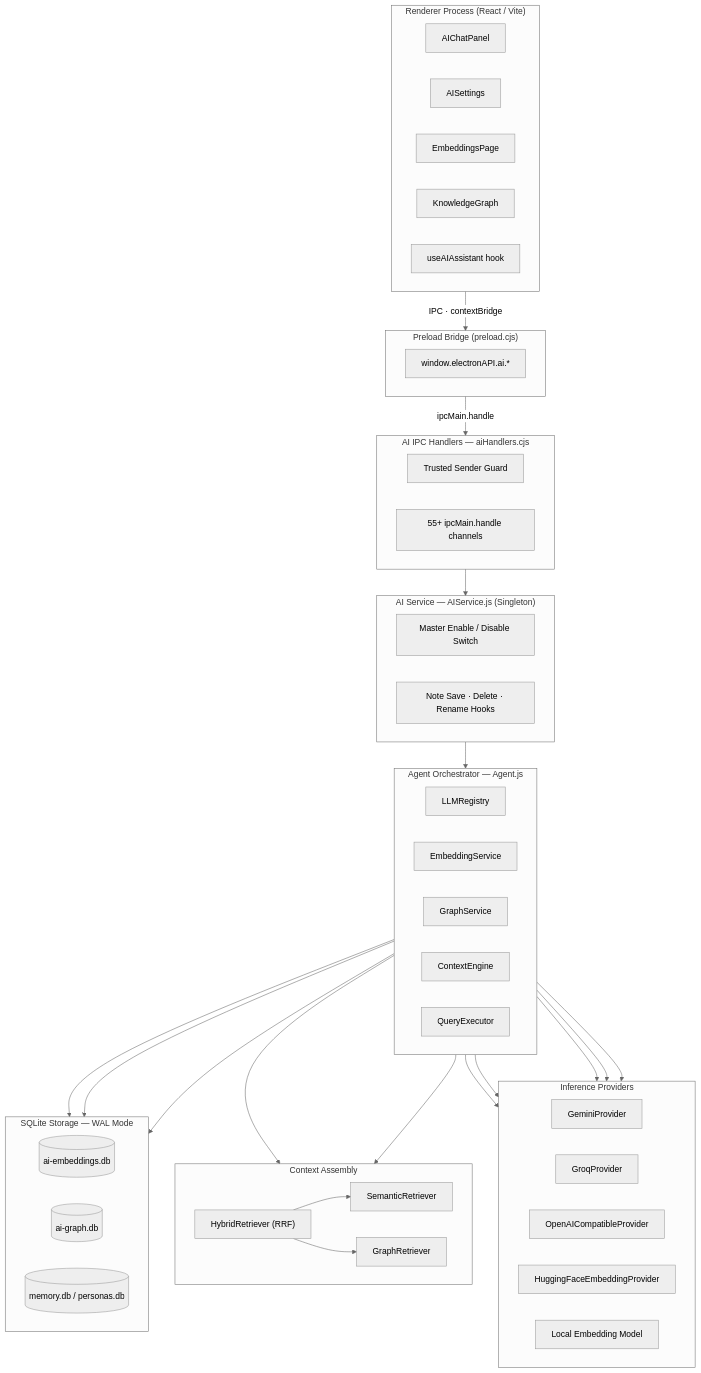
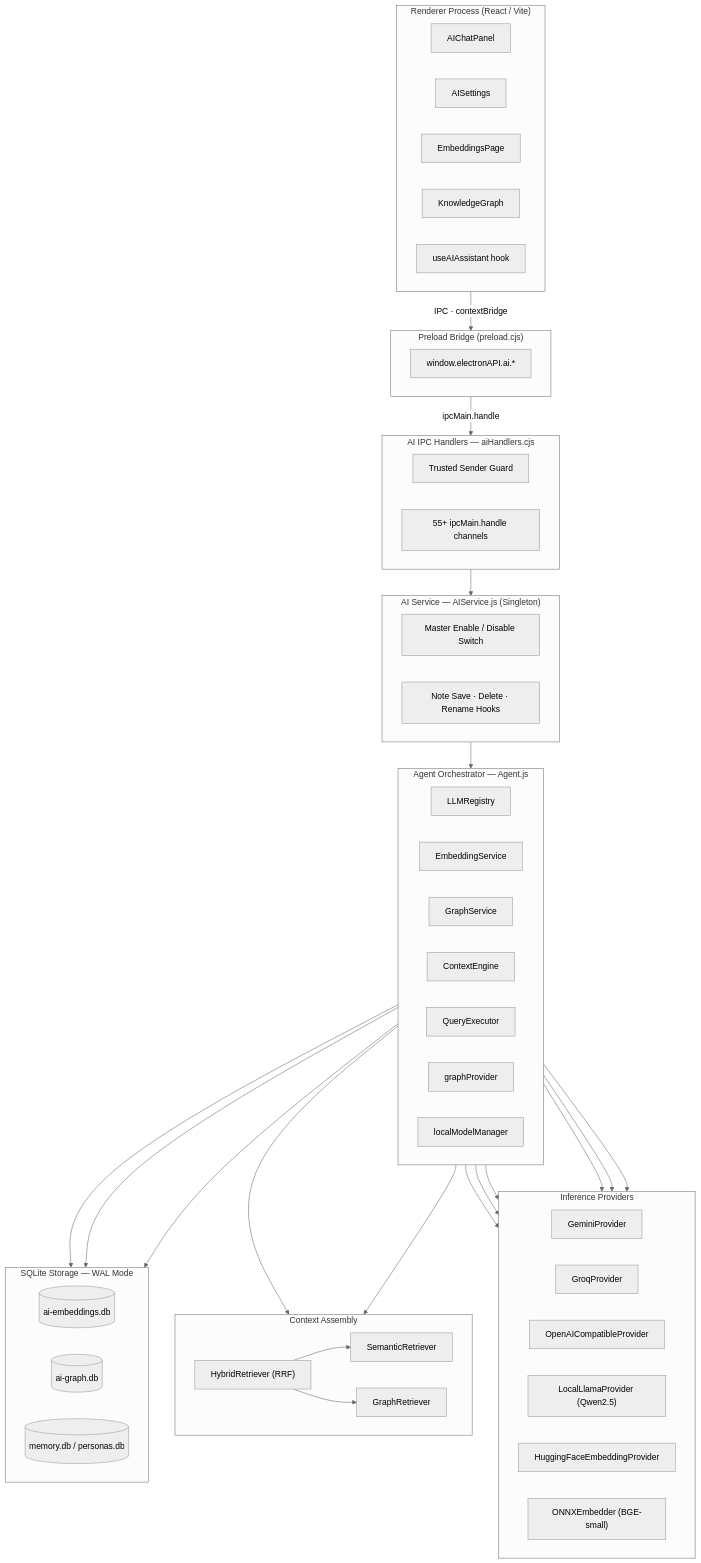
The second of 3 diagrams in docs/architecture.md (WGLabz/Notely), drawn with Mermaid (neutral theme) before and after one commit. The commit also changed other lines of this file and 18 other files, not shown here.

Commit message:
Added support for local graph generator

````diff
--- a/docs/architecture.md
+++ b/docs/architecture.md
@@ -120,58 +121,59 @@
 ```mermaid
 flowchart TD
     subgraph Renderer["Renderer Process (React / Vite)"]
         direction LR
         ACP["AIChatPanel"] & AIS["AISettings"] & EBP["EmbeddingsPage"] & KGV["KnowledgeGraph"]
         UAI["useAIAssistant hook"]
     end
 
     subgraph Preload["Preload Bridge (preload.cjs)"]
         CB["window.electronAPI.ai.*"]
     end
 
     subgraph Handlers["AI IPC Handlers — aiHandlers.cjs"]
         TRUST["Trusted Sender Guard"]
         CHAN["55+ ipcMain.handle channels"]
     end
 
     subgraph AIService["AI Service — AIService.js (Singleton)"]
         SW["Master Enable / Disable Switch"]
         HOOKS["Note Save · Delete · Rename Hooks"]
     end
 
     subgraph Agent["Agent Orchestrator — Agent.js"]
         direction LR
         LR["LLMRegistry"] & ES["EmbeddingService"] & GS["GraphService"] & CE["ContextEngine"] & QE["QueryExecutor"]
+        GP["graphProvider"] & LMM["localModelManager"]
     end
 
     subgraph Providers["Inference Providers"]
         direction LR
-        GEM["GeminiProvider"] & GRQ["GroqProvider"] & OAI["OpenAICompatibleProvider"]
-        HFEP["HuggingFaceEmbeddingProvider"] & LOEMB["Local Embedding Model"]
+        GEM["GeminiProvider"] & GRQ["GroqProvider"] & OAI["OpenAICompatibleProvider"] & LLP["LocalLlamaProvider (Qwen2.5)"]
+        HFEP["HuggingFaceEmbeddingProvider"] & ONNXE["ONNXEmbedder (BGE-small)"]
     end
 
     subgraph Retrieval["Context Assembly"]
         direction LR
         SR["SemanticRetriever"] & GR["GraphRetriever"] & HR["HybridRetriever (RRF)"]
     end
 
     subgraph Storage["SQLite Storage — WAL Mode"]
         direction LR
         EMBDB[("ai-embeddings.db")] & GRDB[("ai-graph.db")] & MEMDB[("memory.db / personas.db")]
     end
 
     Renderer -->|"IPC · contextBridge"| Preload
     Preload -->|"ipcMain.handle"| Handlers
     Handlers --> AIService
     AIService --> Agent
 
-    LR --> GEM & GRQ & OAI
-    ES --> HFEP & LOEMB
+    LR --> GEM & GRQ & OAI & LLP
+    ES --> HFEP & ONNXE
 
     CE --> SR & GR
     HR --> SR & GR
 
     ES --> EMBDB
     GS --> GRDB
     CE --> MEMDB
 ```
````
